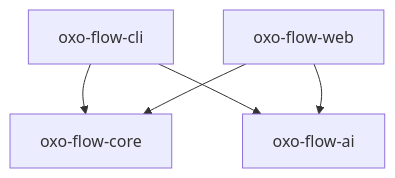
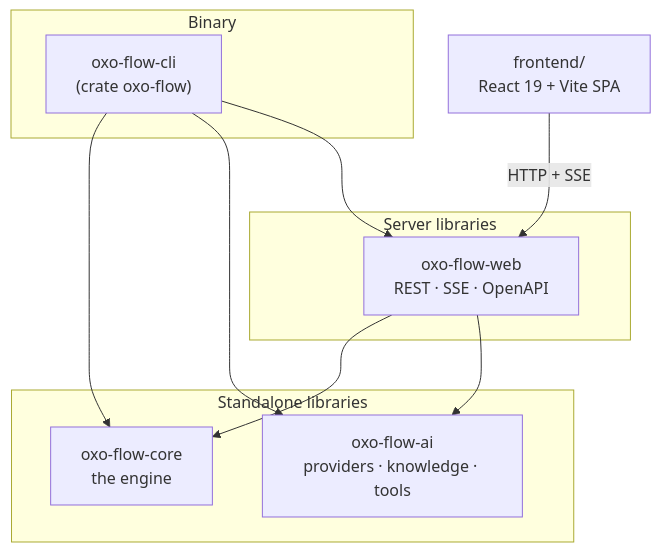
One commit to Traitome/oxo-flow changed the second of 11 diagrams in docs/guide/src/reference/architecture.md. Above: the diagram before and after it, drawn with Mermaid. The commit also changed other lines of this file, not shown here.

First line of the commit message:
docs: rebuild the system architecture reference (#303)

````diff
--- a/docs/guide/src/reference/architecture.md
+++ b/docs/guide/src/reference/architecture.md
@@ -26,7 +109,21 @@
 ```mermaid
-graph TD
-    CLI[oxo-flow-cli] --> Core[oxo-flow-core]
-    Web[oxo-flow-web] --> Core
-    CLI[oxo-flow-cli] --> AI[oxo-flow-ai]
-    Web[oxo-flow-web] --> AI
+flowchart TB
+    subgraph binary["Binary"]
+        CLI["oxo-flow-cli<br/>(crate oxo-flow)"]
+    end
+    subgraph servers["Server libraries"]
+        WEB["oxo-flow-web<br/>REST · SSE · OpenAPI"]
+    end
+    subgraph libs["Standalone libraries"]
+        CORE["oxo-flow-core<br/>the engine"]
+        AI["oxo-flow-ai<br/>providers · knowledge · tools"]
+    end
+    FE["frontend/<br/>React 19 + Vite SPA"]
+
+    CLI --> CORE
+    CLI --> AI
+    CLI --> WEB
+    WEB --> CORE
+    WEB --> AI
+    FE -- "HTTP + SSE" --> WEB
 ```
````
